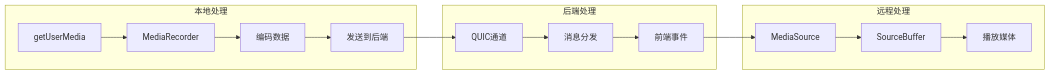
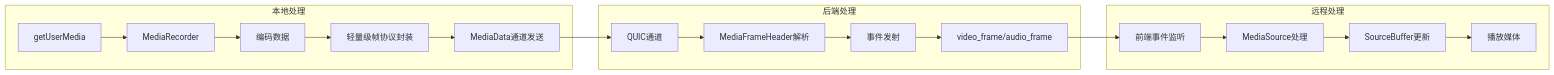
The fifth of 12 diagrams in .qoder/repowiki/zh/content/Privacy Video Call.md (nicolastinger/only-talk-app), drawn with Mermaid before and after one commit. The commit also changed other lines of this file and 5 other files, not shown here.

````diff
--- a/.qoder/repowiki/zh/content/Privacy Video Call.md
+++ b/.qoder/repowiki/zh/content/Privacy Video Call.md
@@ -192,18 +211,21 @@
 ```mermaid
 flowchart LR
 subgraph "本地处理"
 A[getUserMedia] --> B[MediaRecorder]
 B --> C[编码数据]
-C --> D[发送到后端]
+C --> D[轻量级帧协议封装]
+D --> E[MediaData通道发送]
 end
 subgraph "后端处理"
-D --> E[QUIC通道]
-E --> F[消息分发]
-F --> G[前端事件]
+E --> F[QUIC通道]
+F --> G[MediaFrameHeader解析]
+G --> H[事件发射]
+H --> I[video_frame/audio_frame]
 end
 subgraph "远程处理"
-G --> H[MediaSource]
-H --> I[SourceBuffer]
-I --> J[播放媒体]
+I --> J[前端事件监听]
+J --> K[MediaSource处理]
+K --> L[SourceBuffer更新]
+L --> M[播放媒体]
 end
 ```
````
